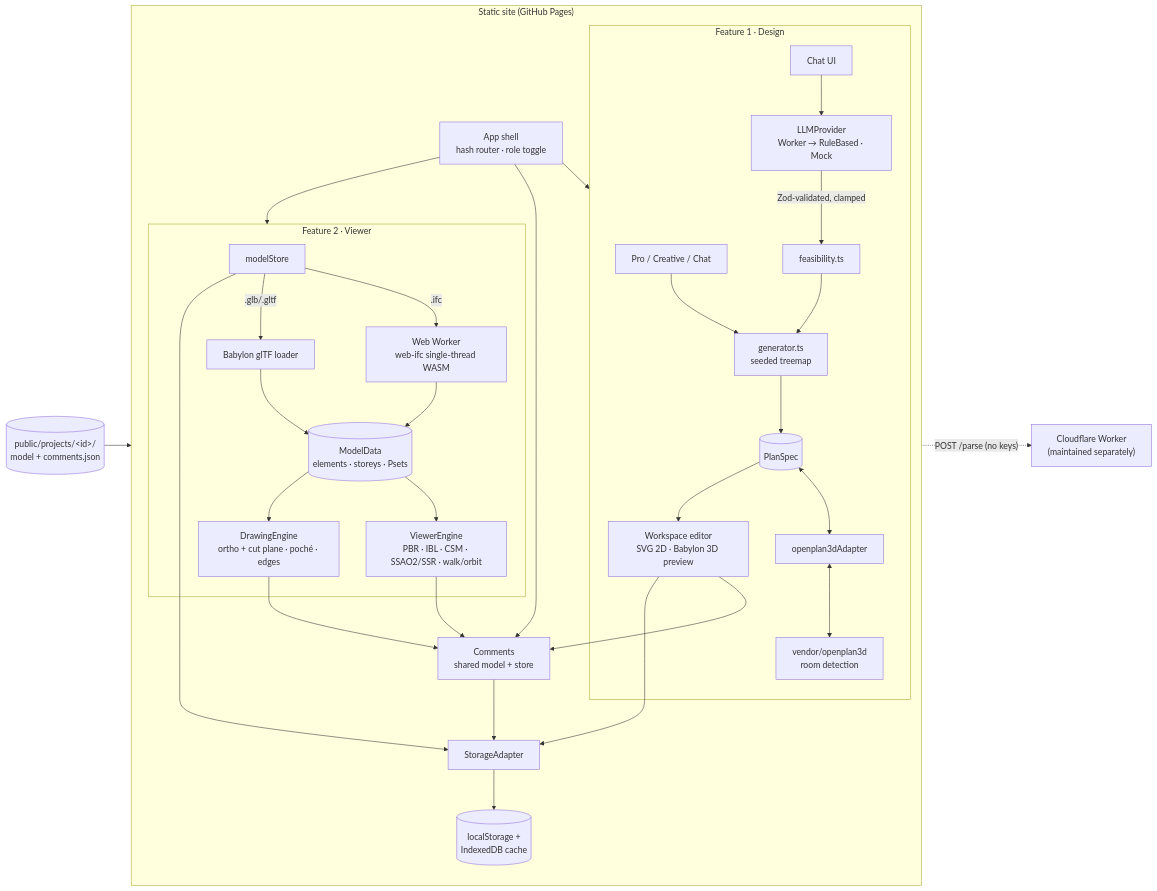
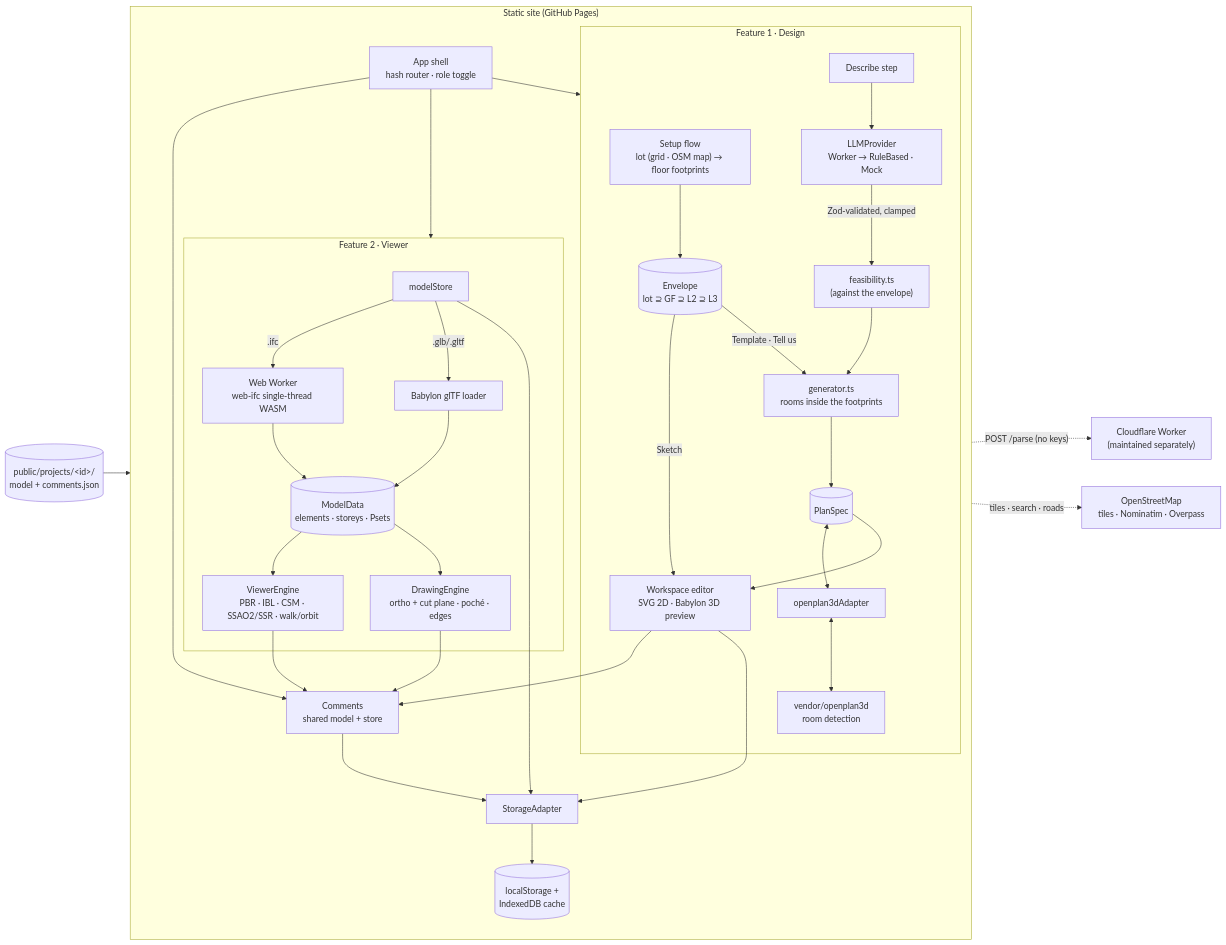
Before and after one commit to adjiebrotot/arch-poc: the diagram in README.md, drawn with Mermaid. The commit also changed other lines of this file and 50 other files, not shown here.

````diff
--- a/README.md
+++ b/README.md
@@ -51,28 +51,31 @@
 ```mermaid
 flowchart LR
   subgraph Browser["Static site (GitHub Pages)"]
     direction TB
     App["App shell<br/>hash router · role toggle"] --> D & V & C
     subgraph D["Feature 1 · Design"]
-      Modes["Pro / Creative / Chat"] --> Gen["generator.ts<br/>seeded treemap"]
-      Feas["feasibility.ts"] --> Gen
-      Chat["Chat UI"] --> LLM["LLMProvider<br/>Worker → RuleBased · Mock"]
+      Setup["Setup flow<br/>lot (grid · OSM map) → floor footprints"] --> Env[("Envelope<br/>lot ⊇ GF ⊇ L2 ⊇ L3")]
+      Env -->|Sketch| WS
+      Env -->|Template · Tell us| Gen["generator.ts<br/>rooms inside the footprints"]
+      Feas["feasibility.ts<br/>(against the envelope)"] --> Gen
+      Chat["Describe step"] --> LLM["LLMProvider<br/>Worker → RuleBased · Mock"]
       LLM -->|Zod-validated, clamped| Feas
       Gen --> PS[("PlanSpec")]
       PS <--> Adapter["openplan3dAdapter"] <--> OP3D["vendor/openplan3d<br/>room detection"]
       PS --> WS["Workspace editor<br/>SVG 2D · Babylon 3D preview"]
     end
     subgraph V["Feature 2 · Viewer"]
       Load["modelStore"] -->|.ifc| Worker2["Web Worker<br/>web-ifc single-thread WASM"]
       Load -->|.glb/.gltf| GLB["Babylon glTF loader"]
       Worker2 & GLB --> MD[("ModelData<br/>elements · storeys · Psets")]
       MD --> Walk["ViewerEngine<br/>PBR · IBL · CSM · SSAO2/SSR · walk/orbit"]
       MD --> Draw["DrawingEngine<br/>ortho + cut plane · poché · edges"]
     end
     C["Comments<br/>shared model + store"]
     WS & Walk & Draw --> C
     C & WS & Load --> SA["StorageAdapter"] --> LS[("localStorage +<br/>IndexedDB cache")]
   end
   LLM -. "POST /parse (no keys)" .-> CF["Cloudflare Worker<br/>(maintained separately)"]
+  Setup -. "tiles · search · roads" .-> OSM["OpenStreetMap<br/>tiles · Nominatim · Overpass"]
   Pages[("public/projects/&lt;id&gt;/<br/>model + comments.json")] --> Load
 ```
````
